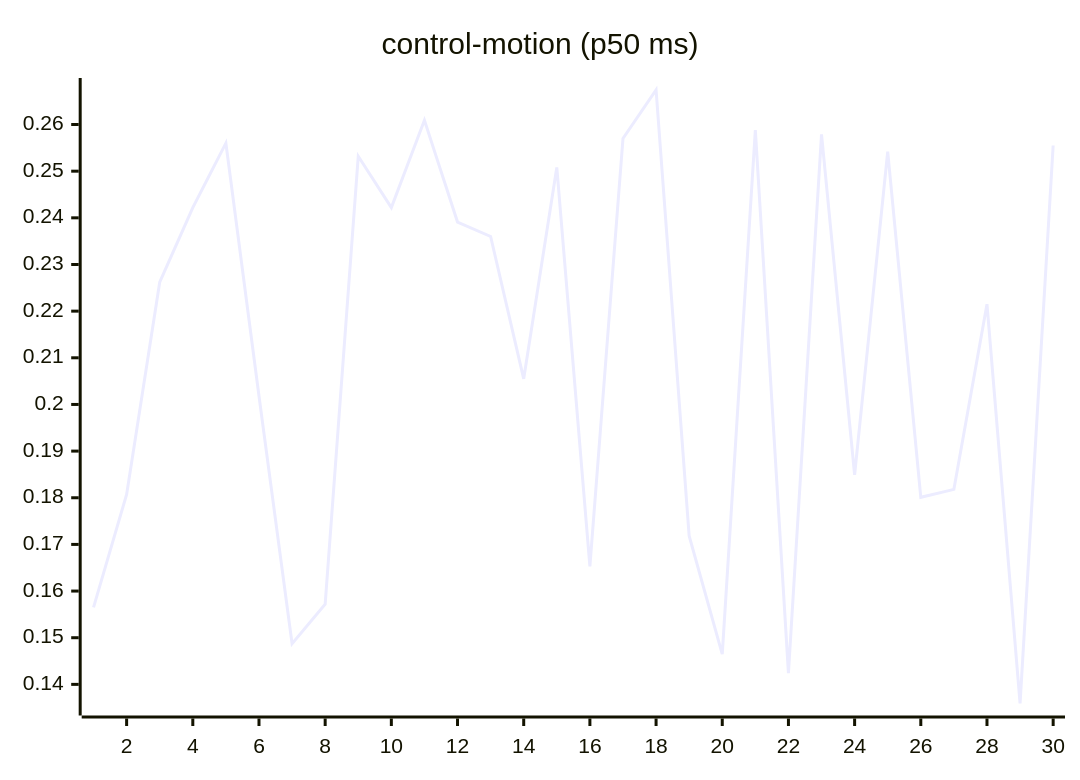
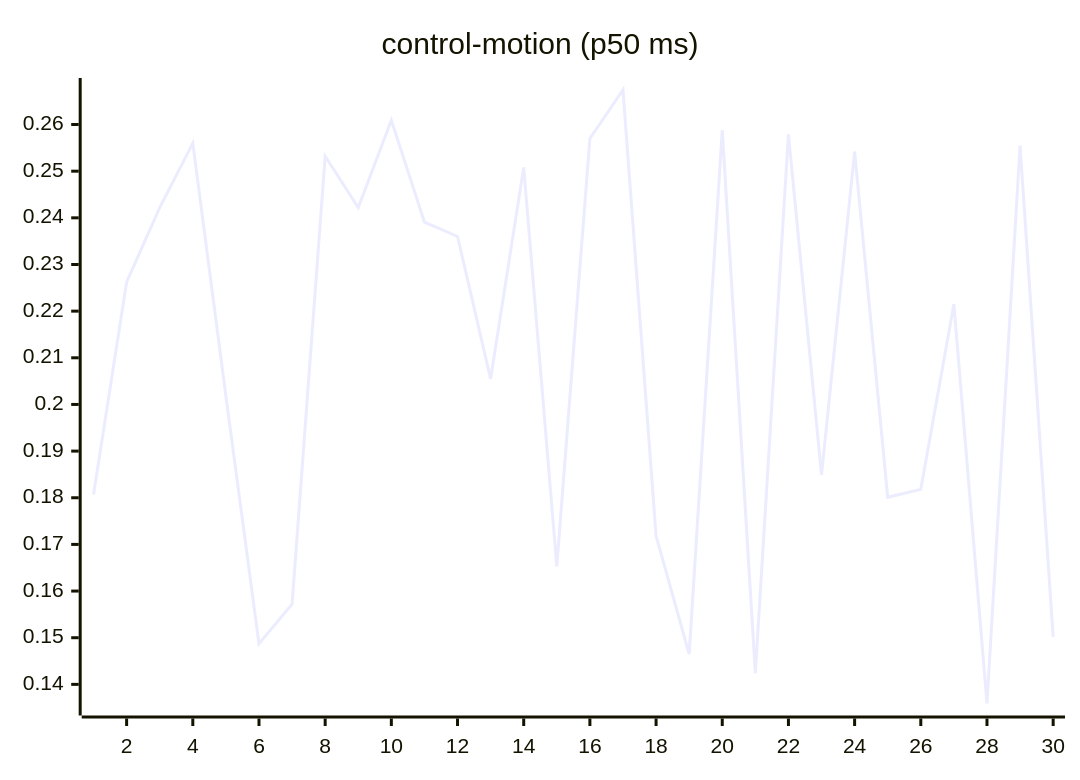
One commit to josha/Facet changed the seventh of 27 diagrams in README.md. Above: the diagram before and after it, drawn with Mermaid. The commit also changed other lines of this file and 2 other files, not shown here.

````diff
--- a/README.md
+++ b/README.md
@@ -105,6 +105,6 @@
 ```mermaid
 xychart-beta
     title "control-motion (p50 ms)"
     x-axis 1 --> 30
-    line [0.1565, 0.1807, 0.2262, 0.2422, 0.2560, 0.2018, 0.1487, 0.1572, 0.2532, 0.2422, 0.2609, 0.2391, 0.2360, 0.2055, 0.2508, 0.1653, 0.2570, 0.2674, 0.1718, 0.1465, 0.2588, 0.1424, 0.2579, 0.1849, 0.2542, 0.1801, 0.1818, 0.2215, 0.1359, 0.2555]
+    line [0.1807, 0.2262, 0.2422, 0.2560, 0.2018, 0.1487, 0.1572, 0.2532, 0.2422, 0.2609, 0.2391, 0.2360, 0.2055, 0.2508, 0.1653, 0.2570, 0.2674, 0.1718, 0.1465, 0.2588, 0.1424, 0.2579, 0.1849, 0.2542, 0.1801, 0.1818, 0.2215, 0.1359, 0.2555, 0.1502]
 ```
````
